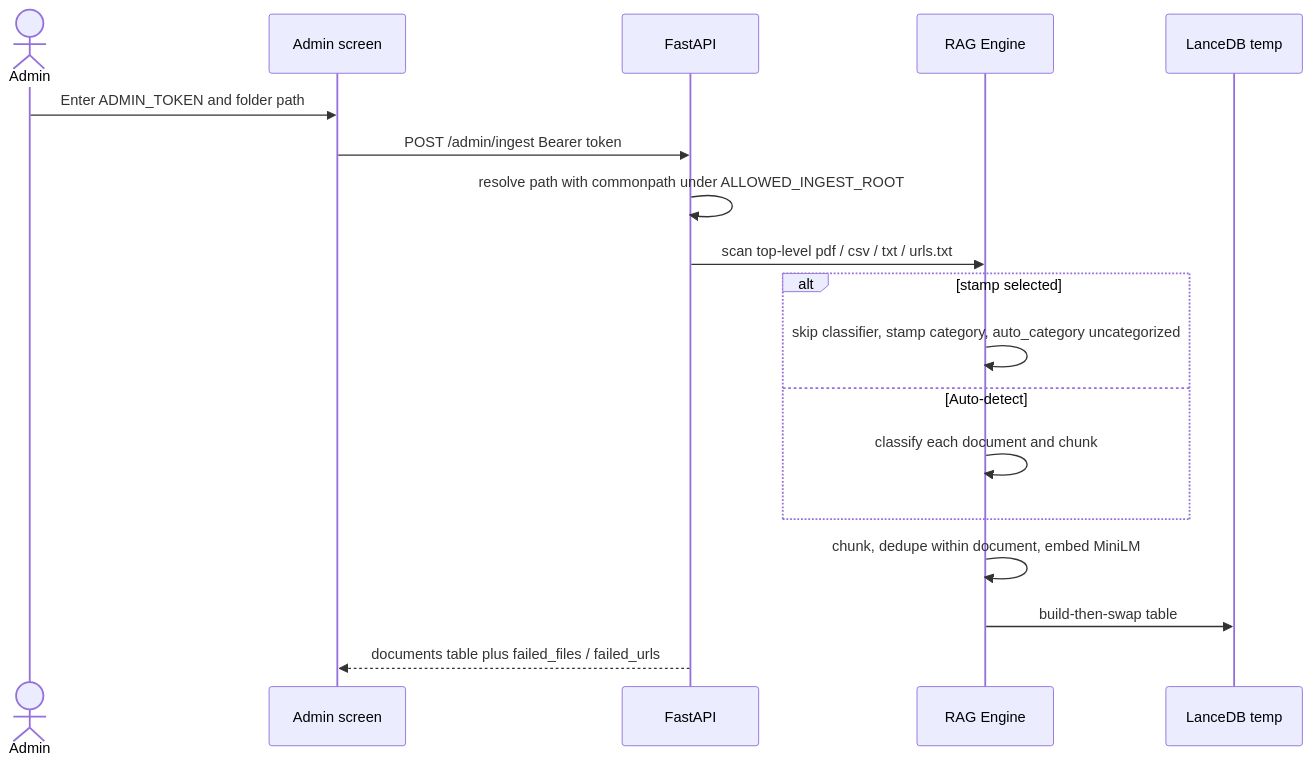
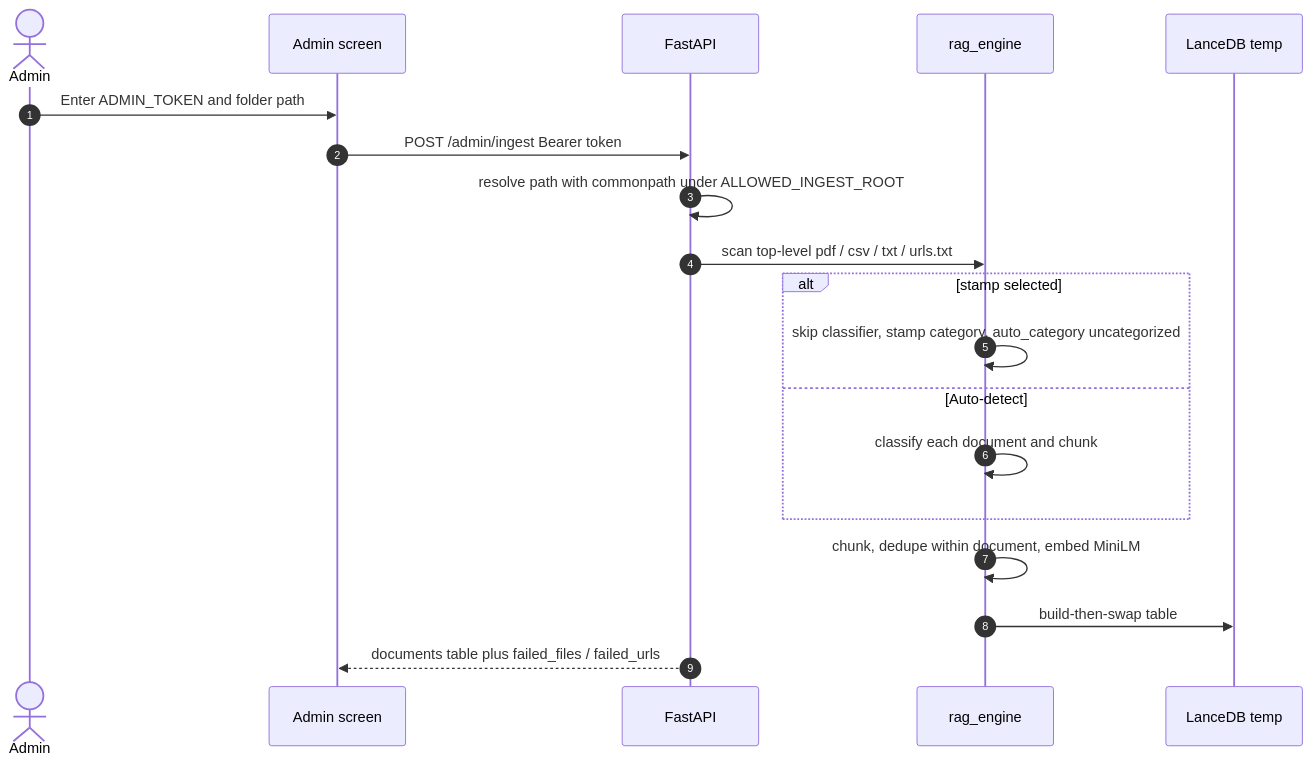
One commit to parialeauge/outskillai changed the second of 3 diagrams in README.md. Above: the diagram before and after it, drawn with Mermaid. The commit also changed other lines of this file and 62 other files, not shown here.

````diff
--- a/README.md
+++ b/README.md
@@ -80,21 +57,22 @@
 ```mermaid
 sequenceDiagram
+  autonumber
   actor Admin
   participant UI as Admin screen
   participant API as FastAPI
-  participant RAG as RAG Engine
+  participant RAG as rag_engine
   participant DB as LanceDB temp
 
   Admin->>UI: Enter ADMIN_TOKEN and folder path
   UI->>API: POST /admin/ingest Bearer token
   API->>API: resolve path with commonpath under ALLOWED_INGEST_ROOT
   API->>RAG: scan top-level pdf / csv / txt / urls.txt
   alt stamp selected
     RAG->>RAG: skip classifier, stamp category, auto_category uncategorized
   else Auto-detect
     RAG->>RAG: classify each document and chunk
   end
   RAG->>RAG: chunk, dedupe within document, embed MiniLM
   RAG->>DB: build-then-swap table
   API-->>UI: documents table plus failed_files / failed_urls
 ```
````
